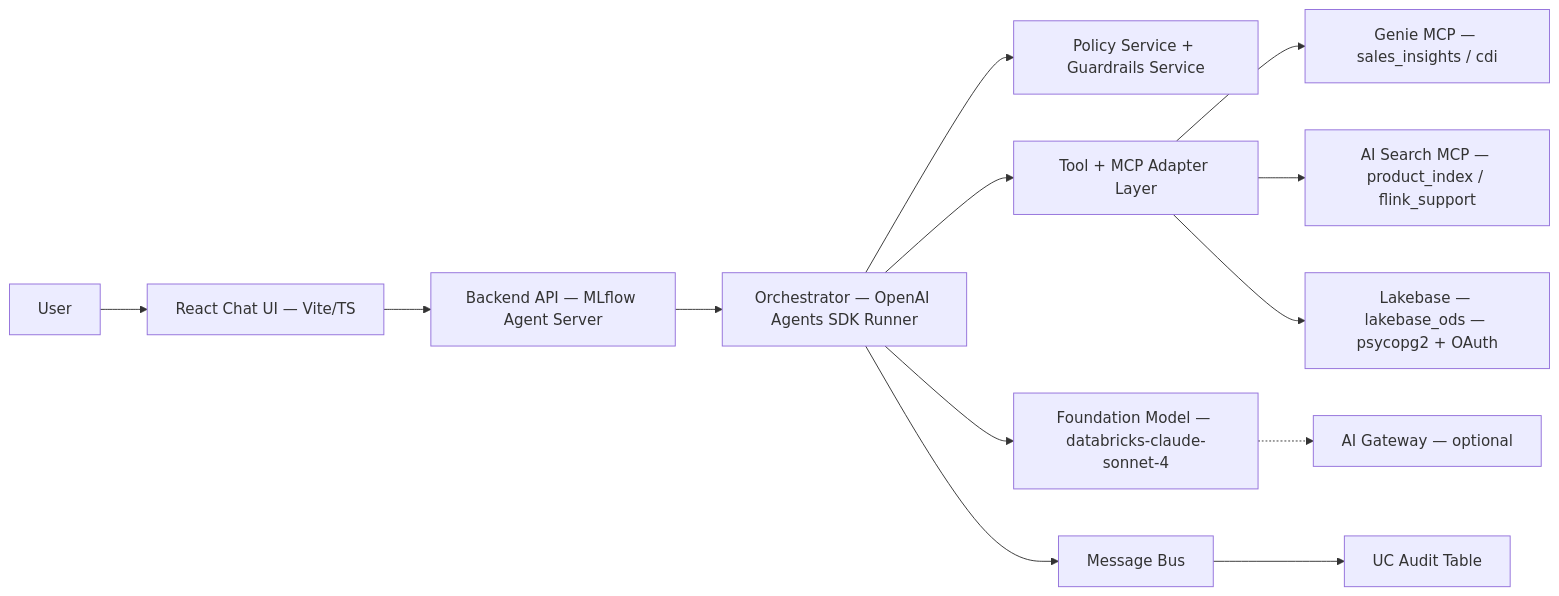
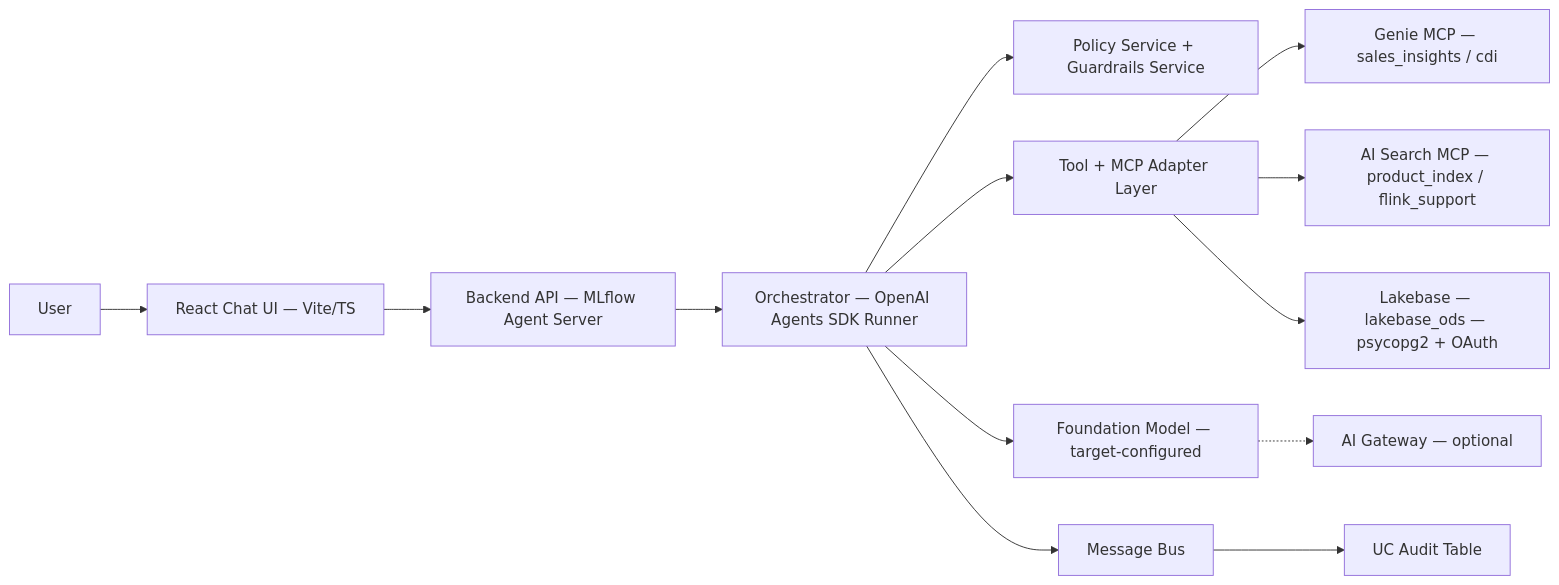
The sixth of 15 diagrams in docs/architecture/design-artifacts/00-architecture-board-review.md (wchen-dea/Governed-Multi-Agent-Intelligence-on-Databricks), drawn with Mermaid before and after one commit. The commit also changed other lines of this file and 33 other files, not shown here.

````diff
--- a/docs/architecture/design-artifacts/00-architecture-board-review.md
+++ b/docs/architecture/design-artifacts/00-architecture-board-review.md
@@ -148,15 +148,15 @@
 ```mermaid
 flowchart LR
     User[User] --> FE[React Chat UI — Vite/TS]
     FE --> API[Backend API — MLflow Agent Server]
     API --> ORCH[Orchestrator — OpenAI Agents SDK Runner]
     ORCH --> POL[Policy Service + Guardrails Service]
     ORCH --> TOOL[Tool + MCP Adapter Layer]
     TOOL --> GENIE[Genie MCP — sales_insights / cdi]
     TOOL --> AIS[AI Search MCP — product_index / flink_support]
     TOOL --> LB[Lakebase — lakebase_ods — psycopg2 + OAuth]
-    ORCH --> FM[Foundation Model — databricks-claude-sonnet-4]
+    ORCH --> FM[Foundation Model — target-configured]
     FM -.-> AIGW[AI Gateway — optional]
     ORCH --> BUS[Message Bus]
     BUS --> AUDIT[UC Audit Table]
 ```
````
